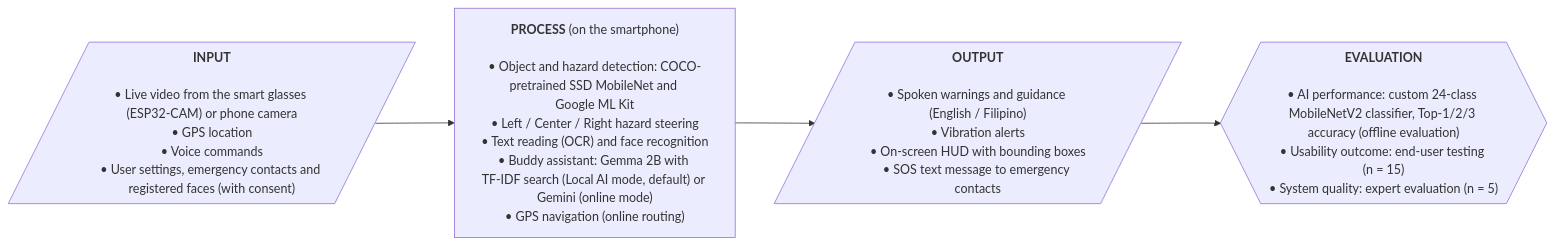
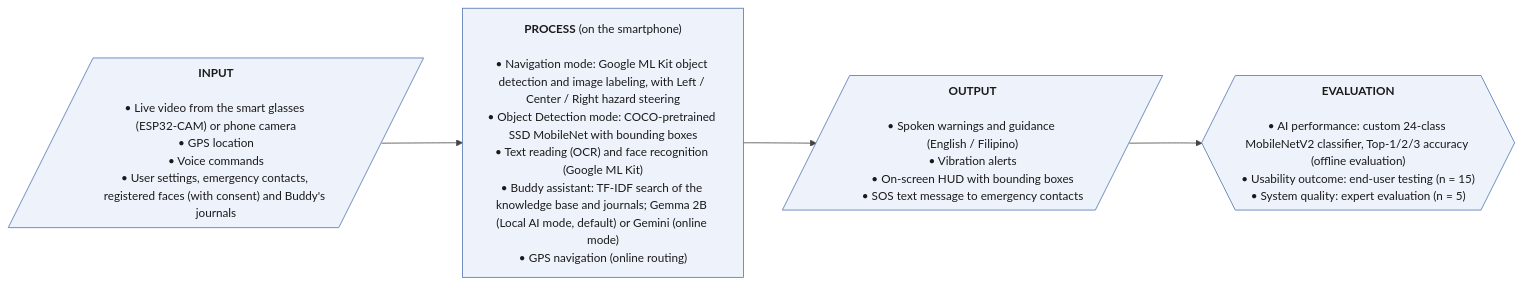
The second of 4 diagrams in docs/architecture/conceptual_framework.md (ciellamher/easylens), drawn with Mermaid before and after one commit. The commit also changed 1 other file, not shown here.

Commit message:
docs(figures): split detection models by mode and add journals in Figure 2.1

````diff
--- a/docs/architecture/conceptual_framework.md
+++ b/docs/architecture/conceptual_framework.md
@@ -50,13 +50,13 @@
 ```mermaid
-%%{init: {"flowchart": {"wrappingWidth": 300}}}%%
+%%{init: {"theme": "base", "themeVariables": {"primaryColor": "#EEF3FB", "primaryBorderColor": "#4C72B0", "primaryTextColor": "#1A1A1A", "lineColor": "#444444", "fontFamily": "arial, sans-serif", "fontSize": "15px"}, "fontFamily": "arial, sans-serif", "flowchart": {"wrappingWidth": 300}}}%%
 flowchart LR
-    INPUT[/"<b>INPUT</b><br/><br/>• Live video from the smart glasses (ESP32-CAM) or phone camera<br/>• GPS location<br/>• Voice commands<br/>• User settings, emergency contacts and registered faces (with consent)"/]
+    INPUT[/"<b>INPUT</b><br/><br/>• Live video from the smart glasses (ESP32‑CAM) or phone camera<br/>• GPS location<br/>• Voice commands<br/>• User settings, emergency contacts, registered faces (with consent) and Buddy's journals"/]
 
-    PROCESS["<b>PROCESS</b> (on the smartphone)<br/><br/>• Object and hazard detection: COCO-pretrained SSD&nbsp;MobileNet and Google&nbsp;ML&nbsp;Kit<br/>• Left / Center / Right hazard steering<br/>• Text reading (OCR) and face recognition<br/>• Buddy assistant: Gemma 2B with TF‑IDF search (Local AI mode, default) or Gemini (online mode)<br/>• GPS navigation (online routing)"]
+    PROCESS["<b>PROCESS</b> (on the smartphone)<br/><br/>• Navigation mode: Google&nbsp;ML&nbsp;Kit object detection and image labeling, with Left / Center / Right hazard steering<br/>• Object Detection mode: COCO-pretrained SSD&nbsp;MobileNet with bounding boxes<br/>• Text reading (OCR) and face recognition (Google&nbsp;ML&nbsp;Kit)<br/>• Buddy assistant: TF‑IDF search of the knowledge base and journals; Gemma 2B (Local AI mode, default) or Gemini (online mode)<br/>• GPS navigation (online routing)"]
 
     OUTPUT[/"<b>OUTPUT</b><br/><br/>• Spoken warnings and guidance (English&nbsp;/&nbsp;Filipino)<br/>• Vibration alerts<br/>• On-screen HUD with bounding boxes<br/>• SOS text message to emergency contacts"/]
 
     EVAL{{"<b>EVALUATION</b><br/><br/>• AI performance: custom 24-class MobileNetV2 classifier, Top-1/2/3 accuracy (offline evaluation)<br/>• Usability outcome: end-user testing (n&nbsp;=&nbsp;15)<br/>• System quality: expert evaluation (n&nbsp;=&nbsp;5)"}}
 
     INPUT --> PROCESS --> OUTPUT --> EVAL
 ```
````
